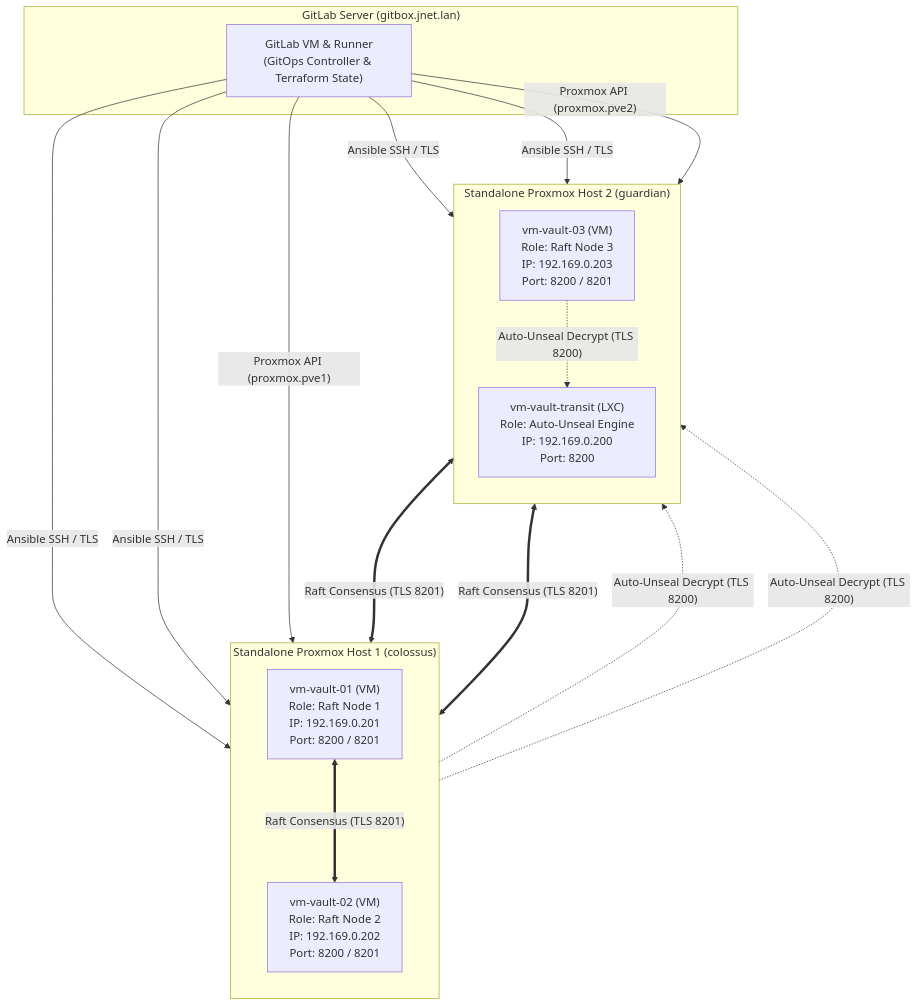
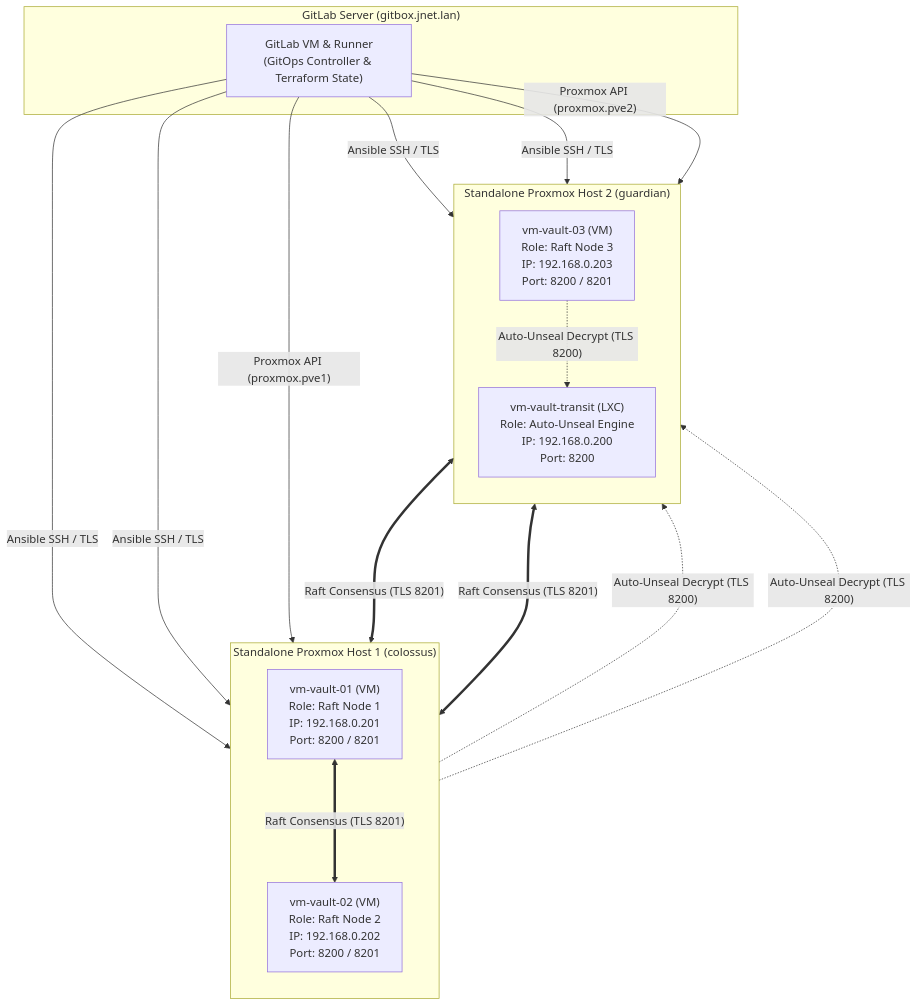
Before and after one commit to antonj-code/vault-bootstrap: the first of 3 diagrams in docs/architecture.md, drawn with Mermaid. The commit also changed other lines of this file and 10 other files, not shown here.

````diff
--- a/docs/architecture.md
+++ b/docs/architecture.md
@@ -9,36 +9,36 @@
 ```mermaid
 flowchart TB
     subgraph Physical_Host_1["Standalone Proxmox Host 1 (colossus)"]
         direction TB
-        V1["vm-vault-01 (VM)<br/>Role: Raft Node 1<br/>IP: 192.169.0.201<br/>Port: 8200 / 8201"]
-        V2["vm-vault-02 (VM)<br/>Role: Raft Node 2<br/>IP: 192.169.0.202<br/>Port: 8200 / 8201"]
+        V1["vm-vault-01 (VM)<br/>Role: Raft Node 1<br/>IP: 192.168.0.201<br/>Port: 8200 / 8201"]
+        V2["vm-vault-02 (VM)<br/>Role: Raft Node 2<br/>IP: 192.168.0.202<br/>Port: 8200 / 8201"]
     end
 
     subgraph Physical_Host_2["Standalone Proxmox Host 2 (guardian)"]
         direction TB
-        V3["vm-vault-03 (VM)<br/>Role: Raft Node 3<br/>IP: 192.169.0.203<br/>Port: 8200 / 8201"]
-        VT["vm-vault-transit (LXC)<br/>Role: Auto-Unseal Engine<br/>IP: 192.169.0.200<br/>Port: 8200"]
+        V3["vm-vault-03 (VM)<br/>Role: Raft Node 3<br/>IP: 192.168.0.203<br/>Port: 8200 / 8201"]
+        VT["vm-vault-transit (LXC)<br/>Role: Auto-Unseal Engine<br/>IP: 192.168.0.200<br/>Port: 8200"]
     end
 
     subgraph Management_Host["GitLab Server (gitbox.jnet.lan)"]
         GL["GitLab VM & Runner<br/>(GitOps Controller & Terraform State)"]
     end
 
     %% Raft Consensus
     V1 <===>|"Raft Consensus (TLS 8201)"| V2
     V2 <===>|"Raft Consensus (TLS 8201)"| V3
     V3 <===>|"Raft Consensus (TLS 8201)"| V1
 
     %% Auto Unseal
     V1 -.->|"Auto-Unseal Decrypt (TLS 8200)"| VT
     V2 -.->|"Auto-Unseal Decrypt (TLS 8200)"| VT
     V3 -.->|"Auto-Unseal Decrypt (TLS 8200)"| VT
 
     %% Pipeline deployment
     GL -->|"Proxmox API (proxmox.pve1)"| Physical_Host_1
     GL -->|"Proxmox API (proxmox.pve2)"| Physical_Host_2
     GL -->|"Ansible SSH / TLS"| V1
     GL -->|"Ansible SSH / TLS"| V2
     GL -->|"Ansible SSH / TLS"| V3
     GL -->|"Ansible SSH / TLS"| VT
 ```
````
